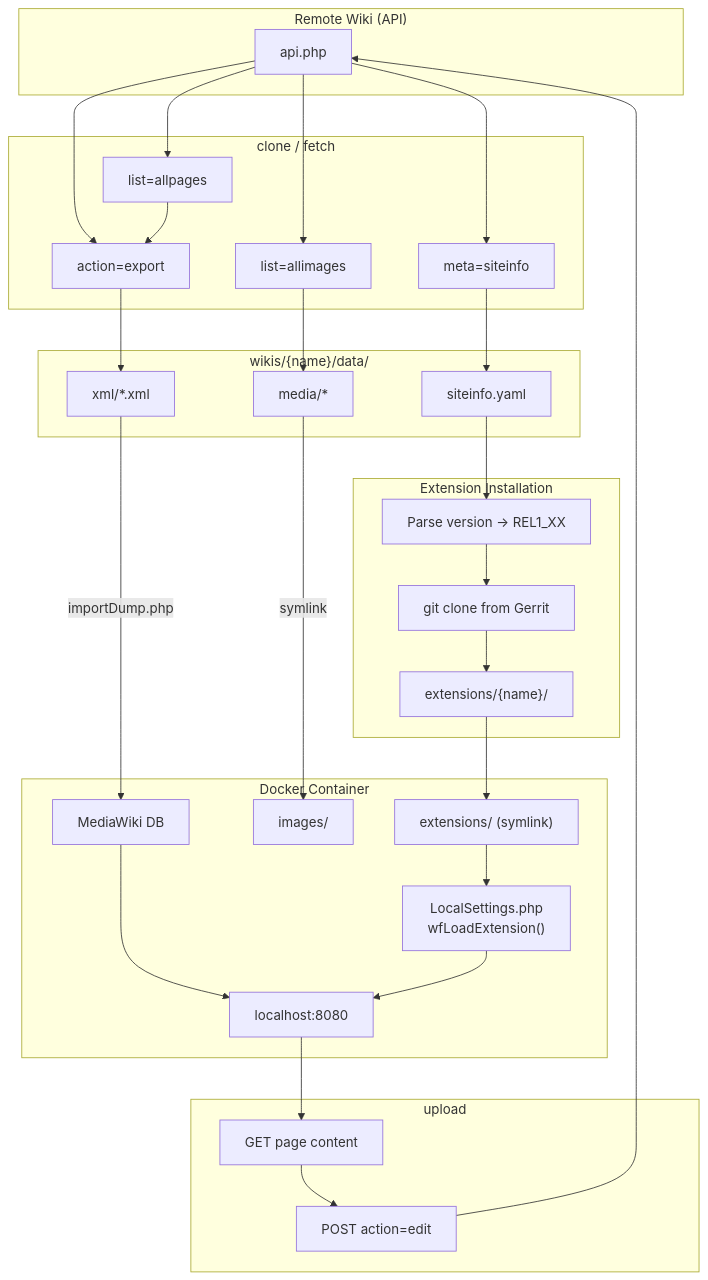
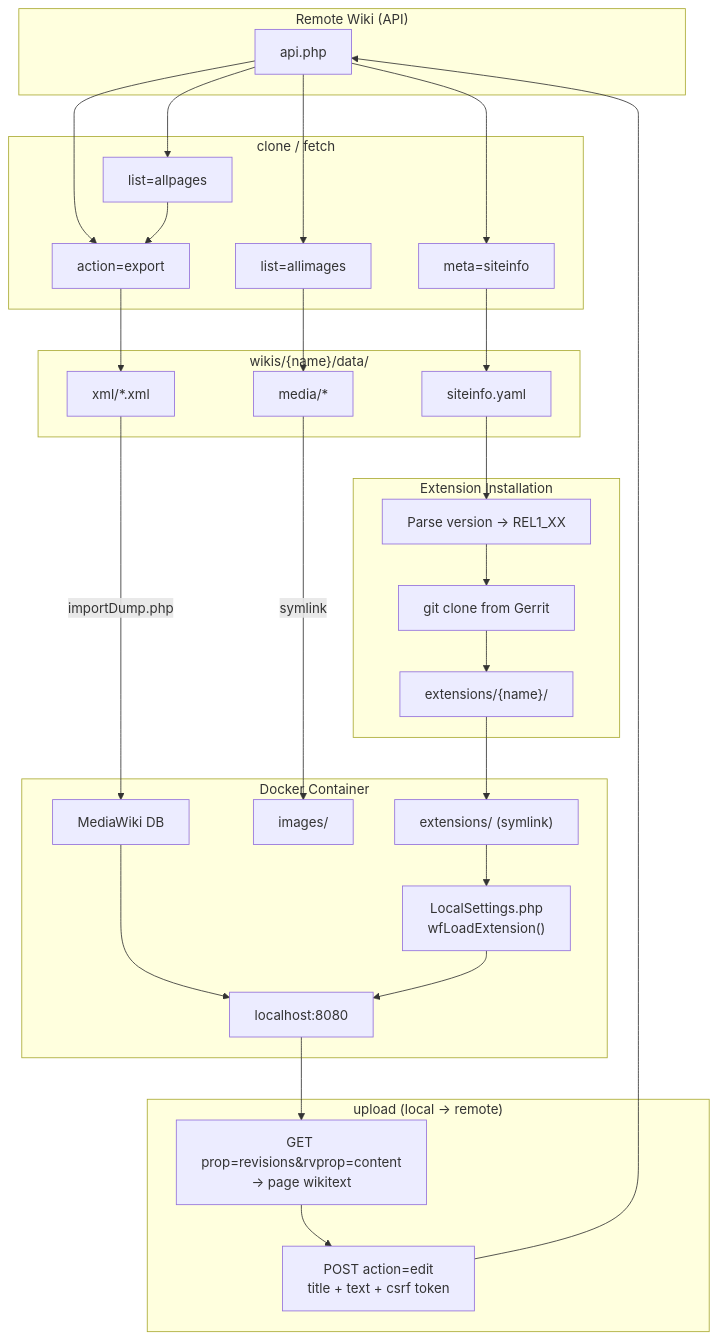
One commit to akippnn/personal-mediawiki-environment changed the diagram in docs/ARCHITECTURE.md. Above: the diagram before and after it, drawn with Mermaid. The commit also changed 2 other files, not shown here.

Commit message:
docs: update roadmap and architecture plans
- Add SQLite backend and Nuitka optimization to roadmap

- Add 'Needs Testing' section for WIP features

- Update README to link to roadmap

````diff
--- a/docs/ARCHITECTURE.md
+++ b/docs/ARCHITECTURE.md
@@ -9,52 +9,52 @@
 ```mermaid
 flowchart TB
     subgraph Remote["Remote Wiki (API)"]
         API["api.php"]
     end
     
     subgraph Clone["clone / fetch"]
         SI["meta=siteinfo"]
         AP["list=allpages"]
         EX["action=export"]
         AI["list=allimages"]
     end
     
     subgraph Files["wikis/{name}/data/"]
         SY["siteinfo.yaml"]
         XML["xml/*.xml"]
         MEDIA["media/*"]
     end
     
     subgraph ExtFlow["Extension Installation"]
         VER["Parse version → REL1_XX"]
         GERRIT["git clone from Gerrit"]
         EXTDIR["extensions/{name}/"]
     end
     
     subgraph Container["Docker Container"]
         MW["MediaWiki DB"]
         IMG["images/"]
         EXTS["extensions/ (symlink)"]
         LS["LocalSettings.php<br/>wfLoadExtension()"]
         LOCAL["localhost:8080"]
     end
     
-    subgraph Push["upload"]
-        GET["GET page content"]
-        POST["POST action=edit"]
+    subgraph Push["upload (local → remote)"]
+        GET["GET prop=revisions&rvprop=content<br/>→ page wikitext"]
+        POST["POST action=edit<br/>title + text + csrf token"]
     end
     
     API --> SI & AP & EX & AI
     SI --> SY
     AP --> EX
     EX --> XML
     AI --> MEDIA
     
     SY --> VER --> GERRIT --> EXTDIR --> EXTS --> LS
     XML -->|"importDump.php"| MW
     MEDIA -->|"symlink"| IMG
     
     MW --> LOCAL
     LS --> LOCAL
     LOCAL --> GET --> POST --> API
 ```
````
